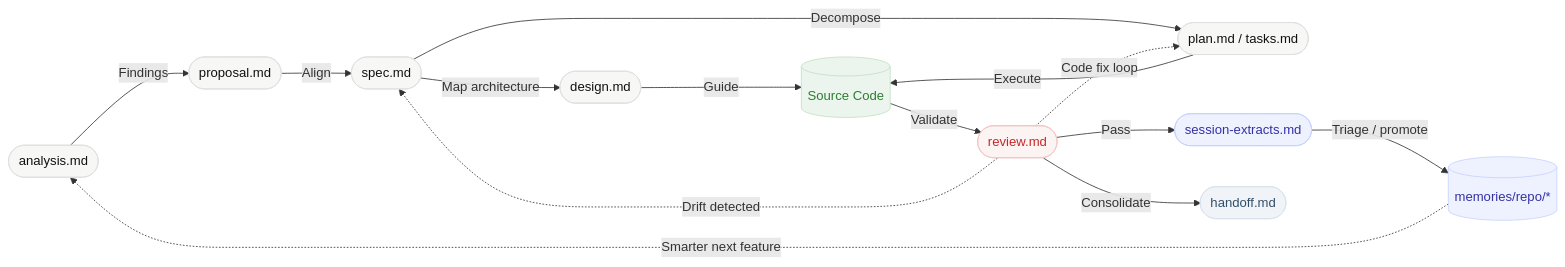
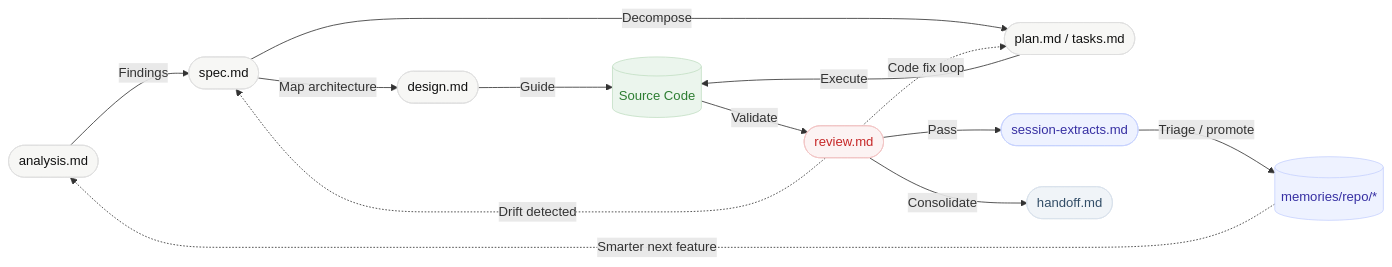
The diagram in documents/diagrams/corezero-dataflow.mmd (thaihai-swe/CoreZero-Nexus), drawn with Mermaid before and after one commit. The commit also changed 66 other files, not shown here.

```diff
--- a/documents/diagrams/corezero-dataflow.mmd
+++ b/documents/diagrams/corezero-dataflow.mmd
@@ -1,31 +1,30 @@
 flowchart LR
     %% Artifact Data Flow — Requirement to Proof to Memory
 
-    AN([analysis.md]) -->|Findings| PR([proposal.md])
-    PR -->|Align| SP([spec.md])
+    AN([analysis.md]) -->|Findings| SP([spec.md])
     SP -->|Map architecture| DS([design.md])
     SP -->|Decompose| PL([plan.md / tasks.md])
 
     DS -->|Guide| CODE[(Source Code)]
     PL -->|Execute| CODE
 
     CODE -->|Validate| RV([review.md])
     RV -->|Pass| SX([session-extracts.md])
     SX -->|Triage / promote| MEM[(memories/repo/*)]
     RV -->|Consolidate| HO([handoff.md])
 
     %% Feedback loops
     RV -.->|Drift detected| SP
     RV -.->|Code fix loop| PL
     MEM -.->|Smarter next feature| AN
 
     classDef default fill:#f7f7f5,stroke:#e0e0e0,color:#111
     classDef code fill:#ebf5ed,stroke:#c3e0c5,color:#2d7d32
     classDef review fill:#fcf3f3,stroke:#f2c4c4,color:#c62828
     classDef mem fill:#eef2ff,stroke:#c7d2fe,color:#3730a3
     classDef handoff fill:#f0f4f8,stroke:#d9e2ec,color:#334e68
 
     class CODE code
     class RV review
     class MEM,SX mem
     class HO handoff
```
